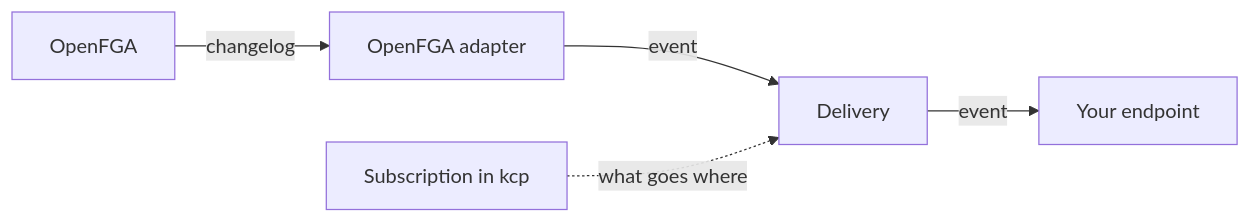
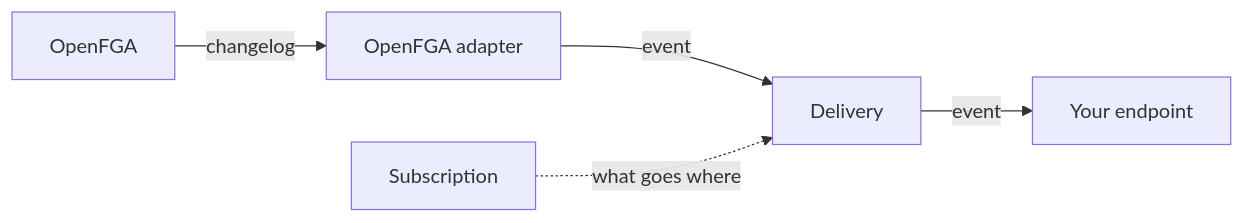
Before and after one commit to hellsontime/contrib-eventing: the diagram in README.md, drawn with Mermaid. The commit also changed other lines of this file and 3 other files, not shown here.

````diff
--- a/README.md
+++ b/README.md
@@ -9,7 +9,7 @@
 ```mermaid
 flowchart LR
   fga[OpenFGA] -- changelog --> adapter[OpenFGA adapter]
   adapter -- event --> delivery[Delivery]
   delivery -- event --> sink[Your endpoint]
-  subs[Subscription in kcp] -. what goes where .-> delivery
+  subs[Subscription] -. what goes where .-> delivery
 ```
````
